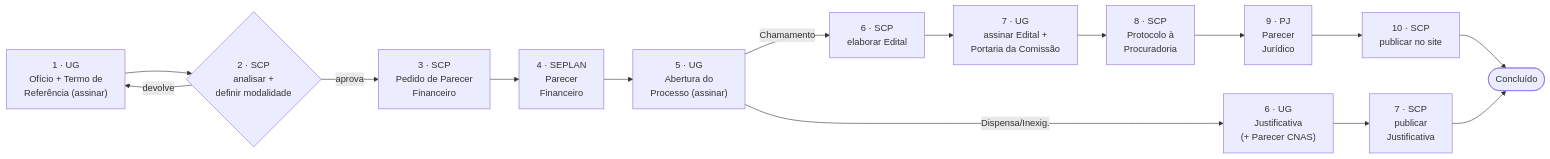
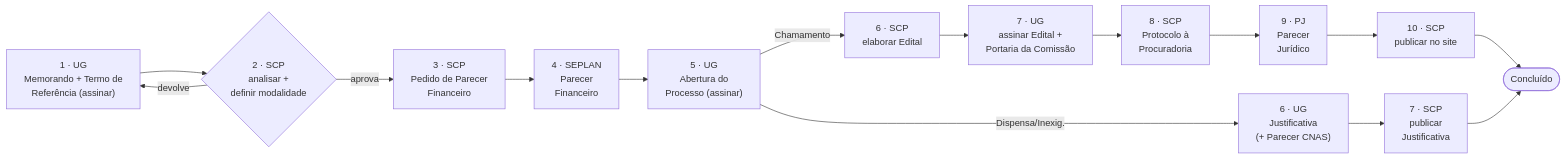
Before and after one commit to IsaacMRodrigues/gestaoParcerias: the second of 2 diagrams in README.md, drawn with Mermaid. The commit also changed other lines of this file and 12 other files, not shown here.

First line of the commit message:
"Ofício" passa a se chamar "Memorando" em todo o sistema

````diff
--- a/README.md
+++ b/README.md
@@ -173,17 +173,17 @@
 ```mermaid
 flowchart LR
-    E1["1 · UG<br/>Ofício + Termo de<br/>Referência (assinar)"] --> E2{"2 · SCP<br/>analisar +<br/>definir modalidade"}
+    E1["1 · UG<br/>Memorando + Termo de<br/>Referência (assinar)"] --> E2{"2 · SCP<br/>analisar +<br/>definir modalidade"}
     E2 -->|devolve| E1
     E2 -->|aprova| E3["3 · SCP<br/>Pedido de Parecer<br/>Financeiro"]
     E3 --> E4["4 · SEPLAN<br/>Parecer<br/>Financeiro"]
     E4 --> E5["5 · UG<br/>Abertura do<br/>Processo (assinar)"]
     E5 -->|Chamamento| C6["6 · SCP<br/>elaborar Edital"]
     C6 --> C7["7 · UG<br/>assinar Edital +<br/>Portaria da Comissão"]
     C7 --> C8["8 · SCP<br/>Protocolo à<br/>Procuradoria"]
     C8 --> C9["9 · PJ<br/>Parecer<br/>Jurídico"]
     C9 --> C10["10 · SCP<br/>publicar no site"]
     C10 --> Z(["Concluído"])
     E5 -->|Dispensa/Inexig.| D6["6 · UG<br/>Justificativa<br/>(+ Parecer CNAS)"]
     D6 --> D7["7 · SCP<br/>publicar<br/>Justificativa"]
     D7 --> Z
 ```
````
